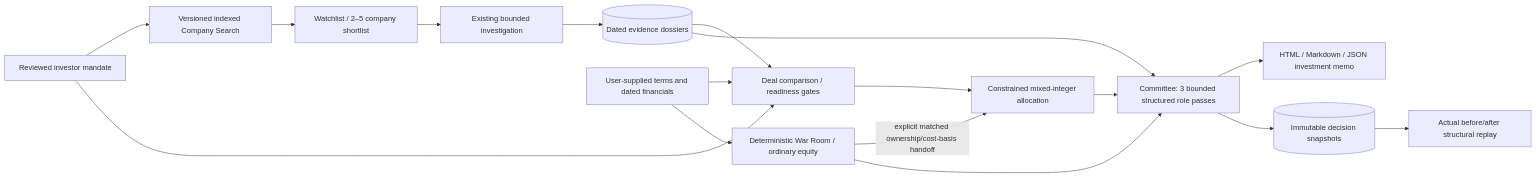
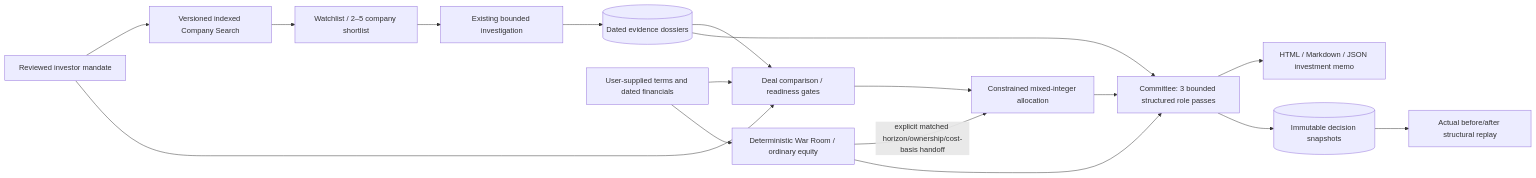
One commit to Arya-06-Man/startup-autopsy changed the first of 2 diagrams in docs/ARCHITECTURE.md. Above: the diagram before and after it, drawn with Mermaid. The commit also changed other lines of this file and 12 other files, not shown here.

````diff
--- a/docs/ARCHITECTURE.md
+++ b/docs/ARCHITECTURE.md
@@ -7,19 +7,19 @@
 ```mermaid
 flowchart LR
     M[Reviewed investor mandate] --> D[Versioned indexed Company Search]
     D --> S[Watchlist / 2–5 company shortlist]
     S --> I[Existing bounded investigation]
     I --> E[(Dated evidence dossiers)]
     U[User-supplied terms and dated financials] --> C[Deal comparison / readiness gates]
     M --> C
     E --> C
     C --> P[Constrained mixed-integer allocation]
     U --> W[Deterministic War Room / ordinary equity]
-    W -->|explicit matched ownership/cost-basis handoff| P
+    W -->|explicit matched horizon/ownership/cost-basis handoff| P
     W --> K[Committee: 3 bounded structured role passes]
     P --> K
     E --> K
     K --> R[HTML / Markdown / JSON investment memo]
     K --> Q[(Immutable decision snapshots)]
     Q --> X[Actual before/after structural replay]
 ```
````
